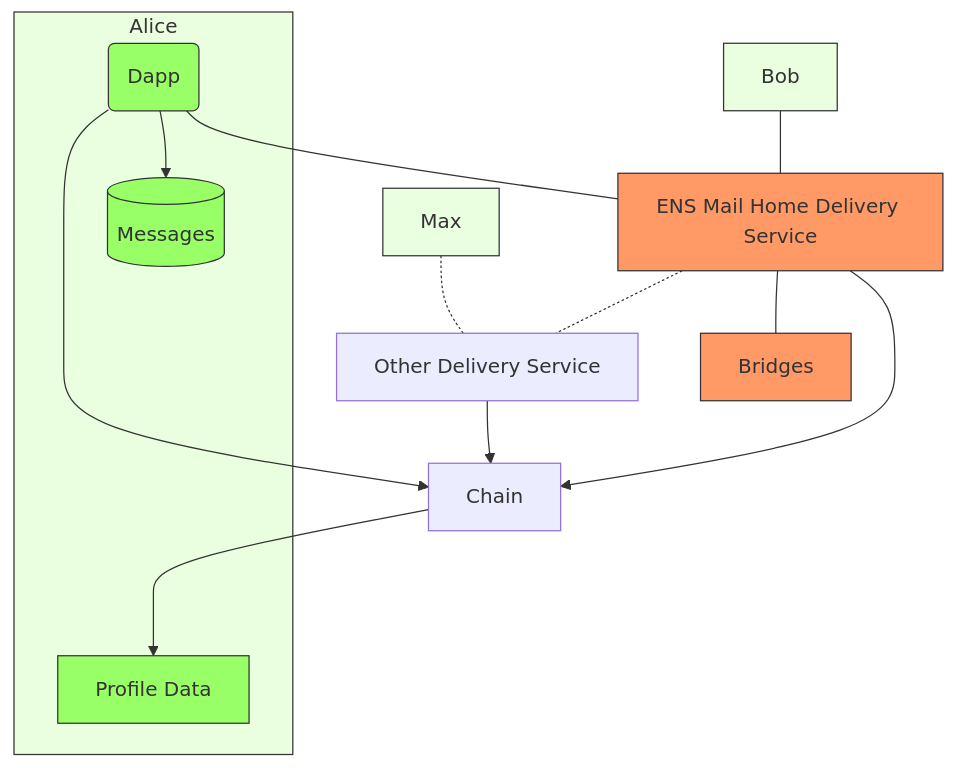
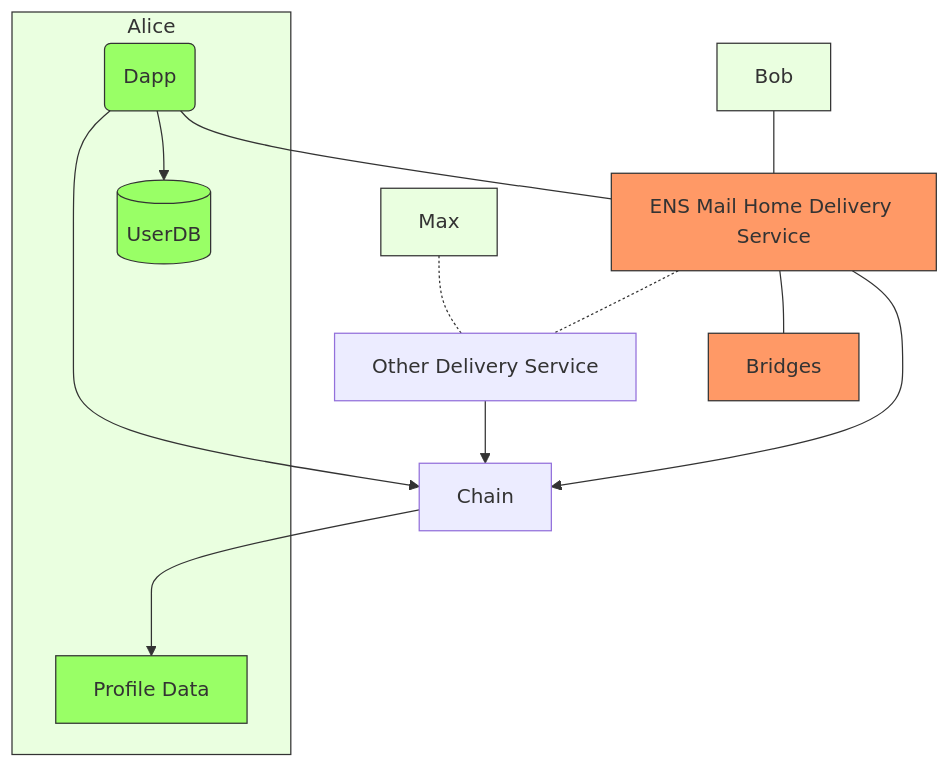
Before and after one commit to dm3-org/dm3: the first of 4 diagrams in README.md, drawn with Mermaid. The commit also changed 26 other files, not shown here.

````diff
--- a/README.md
+++ b/README.md
@@ -4,34 +4,34 @@
 ```mermaid
 graph TD
     subgraph sg0[Alice]
-    id7[(Messages)]
+        id7[(UserDB)]
         id0(Dapp)
         id10[Profile Data]
         
         
     end
     id0 --> id9[Chain]
     
     id0 --> id7
     id0 --- id1[ENS Mail Home Delivery Service] 
 
 
     id4[Bob] --- id1
     id6[Max]-.-id2
     id1 -.- id2[Other Delivery Service] 
     id1 --- id3[Bridges] 
    
    
 
     id1 --> id9
     id2 --> id9
     id9 ---> id10
      
 
    classDef green fill:#9f6,stroke:#333
    classDef lightgreen fill:#eaffe0,stroke:#333
    classDef orange fill:#f96,stroke:#333
    class id0,id7,id8,id10,sg0 green
    class id4,id6,sg0 lightgreen
    class id1,id3 orange
 ```
````
